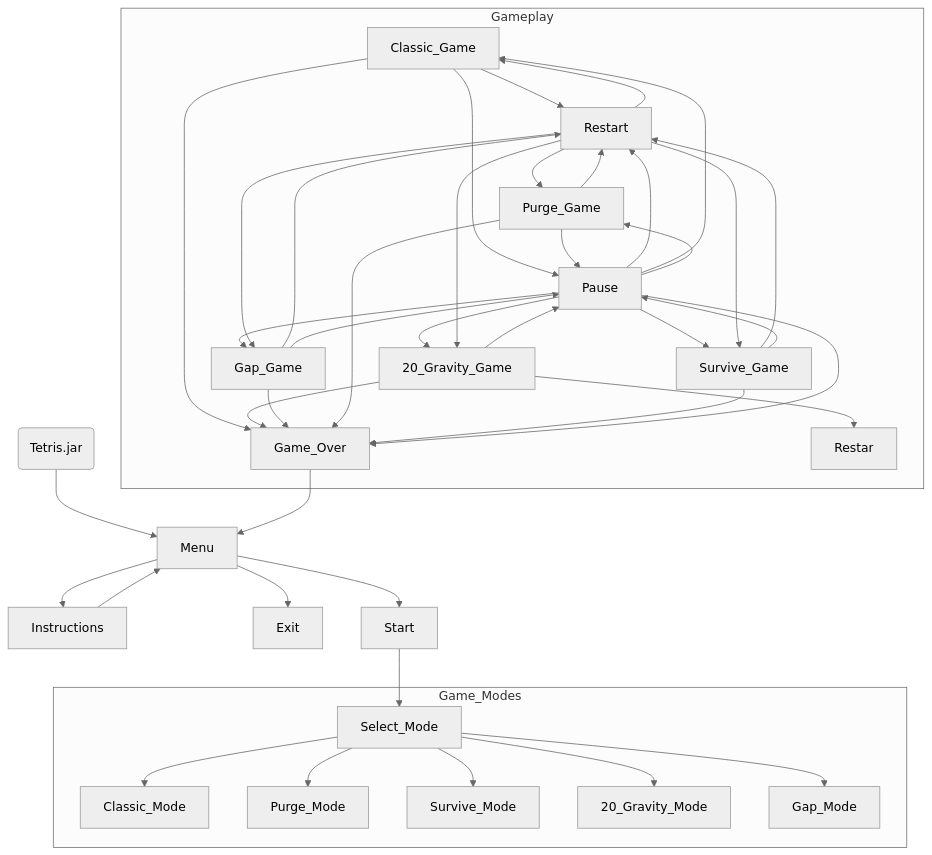
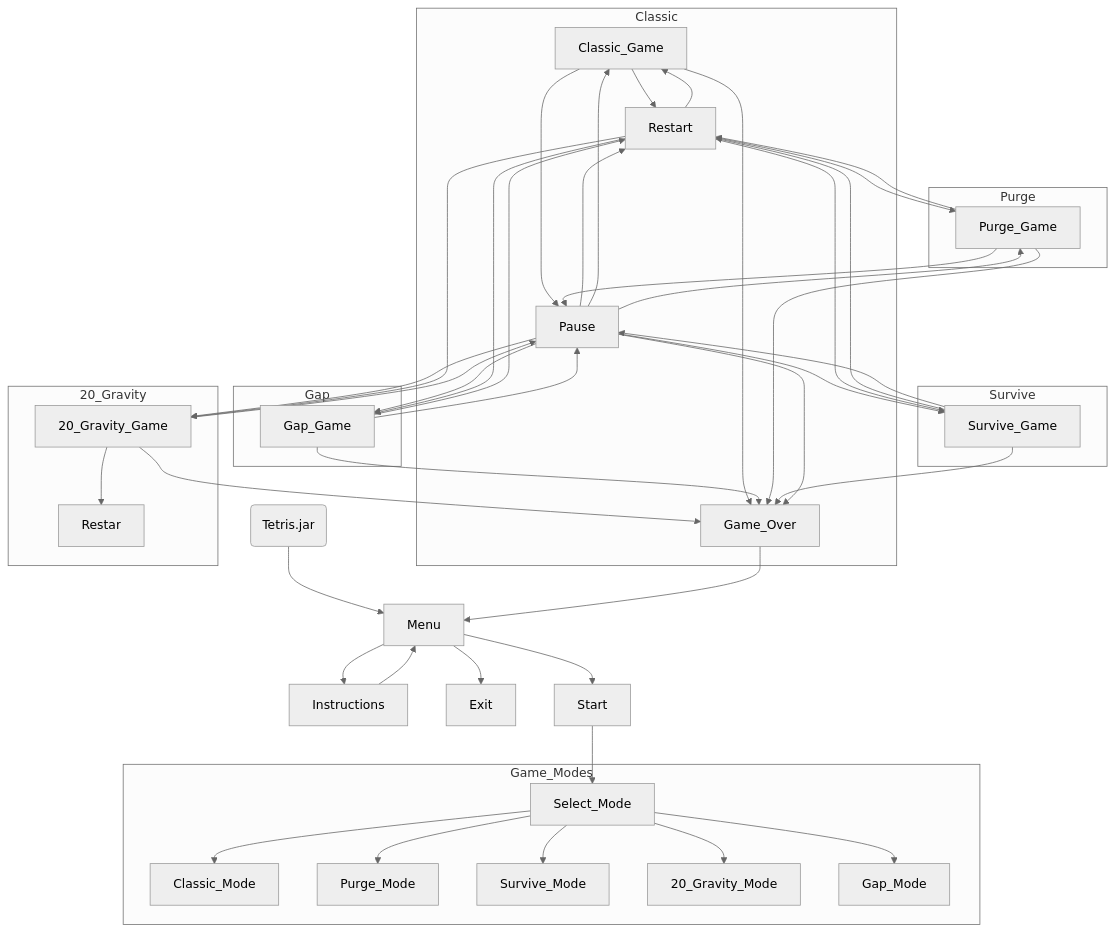
One commit to sheng-luen-chung/JAVA_11302_Project changed the second of 3 diagrams in README.md. Above: the diagram before and after it, drawn with Mermaid (neutral theme).

````diff
--- a/README.md
+++ b/README.md
@@ -534,57 +534,61 @@
 ```mermaid
  flowchart TD
     Execute(Tetris.jar)
     Execute --> Menu
     Menu --> Instructions
     Menu --> Exit
     Instructions --> Menu
     Menu --> Start
 
     Start --> Select_Mode
 
     subgraph Game_Modes
         Select_Mode --> Classic_Mode
         Select_Mode --> Purge_Mode
         Select_Mode --> Survive_Mode
         Select_Mode --> 20_Gravity_Mode
         Select_Mode --> Gap_Mode
     end
 
-    subgraph Gameplay
+    subgraph Classic
         Classic_Game --> Game_Over
         Classic_Game --> Restart
         Classic_Game --> Pause
-
+    end
+    subgraph 20_Gravity
         20_Gravity_Game --> Game_Over
         20_Gravity_Game --> Restar
         20_Gravity_Game --> Pause
-
+    end
+    subgraph Gap
         Gap_Game --> Game_Over
         Gap_Game --> Restart
         Gap_Game --> Pause
-
+    end
+    subgraph Purge
         Purge_Game --> Game_Over
         Purge_Game --> Restart
         Purge_Game --> Pause
-       
+    end
+    subgraph Survive
         Survive_Game --> Restart
         Survive_Game --> Game_Over        
         Survive_Game --> Pause
     end
 
         Pause --> Game_Over
         Pause --> Restart
         Pause --> Classic_Game 
         Pause --> Purge_Game
         Pause --> Survive_Game
         Pause --> 20_Gravity_Game
         Pause --> Gap_Game
 
     Game_Over --> Menu
 
     Restart --> Classic_Game 
     Restart --> Purge_Game
     Restart --> Survive_Game
     Restart --> 20_Gravity_Game
     Restart --> Gap_Game
 ```
````
